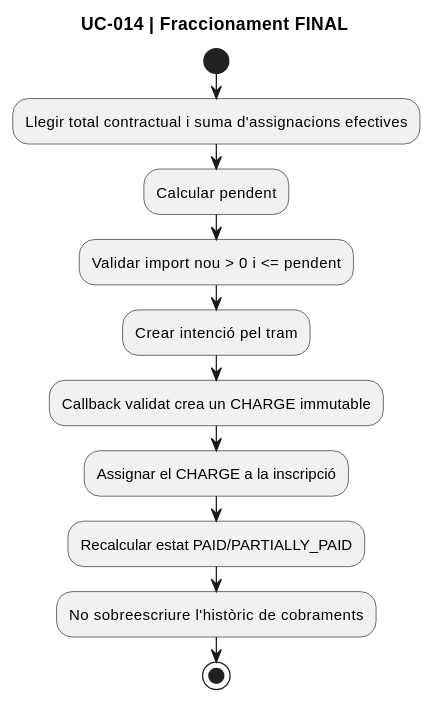
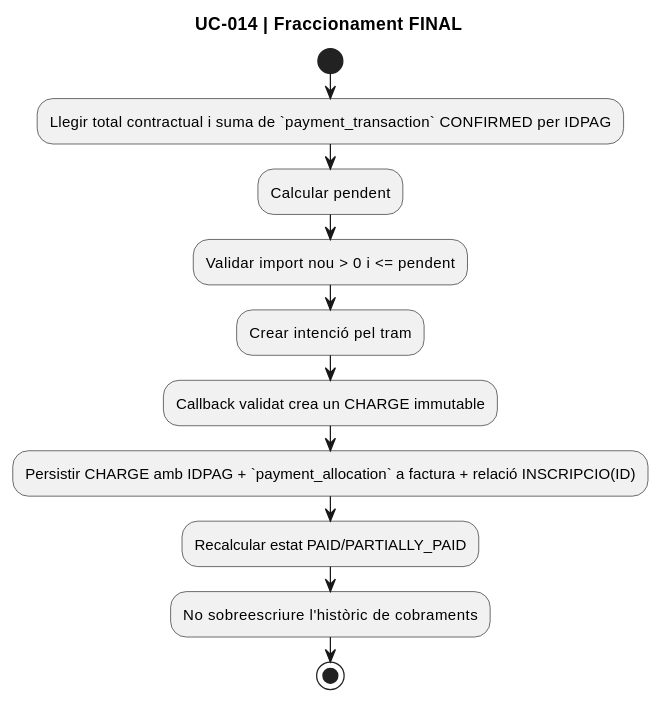
Diagram 12 of 14 in documentacio/07-uml-integrat/uc-014-activitats-pagines-redsys-actual-final.md (orgmeriemprismacat-del/verifactu), drawn with PlantUML before and after one commit. The commit also changed other lines of this file, not shown here.

Commit message:
docs(UC-014): completar activitats per pagina amb PHP JS real

````diff
--- a/documentacio/07-uml-integrat/uc-014-activitats-pagines-redsys-actual-final.md
+++ b/documentacio/07-uml-integrat/uc-014-activitats-pagines-redsys-actual-final.md
@@ -328,15 +339,15 @@
 ```plantuml
 @startuml
 title UC-014 | Fraccionament FINAL
 start
-:Llegir total contractual i suma d'assignacions efectives;
+:Llegir total contractual i suma de `payment_transaction` CONFIRMED per IDPAG;
 :Calcular pendent;
 :Validar import nou > 0 i <= pendent;
 :Crear intenció pel tram;
 :Callback validat crea un CHARGE immutable;
-:Assignar el CHARGE a la inscripció;
+:Persistir CHARGE amb IDPAG + `payment_allocation` a factura + relació INSCRIPCIO(ID);
 :Recalcular estat PAID/PARTIALLY_PAID;
 :No sobreescriure l'històric de cobraments;
 stop
 @enduml
 ```
````
